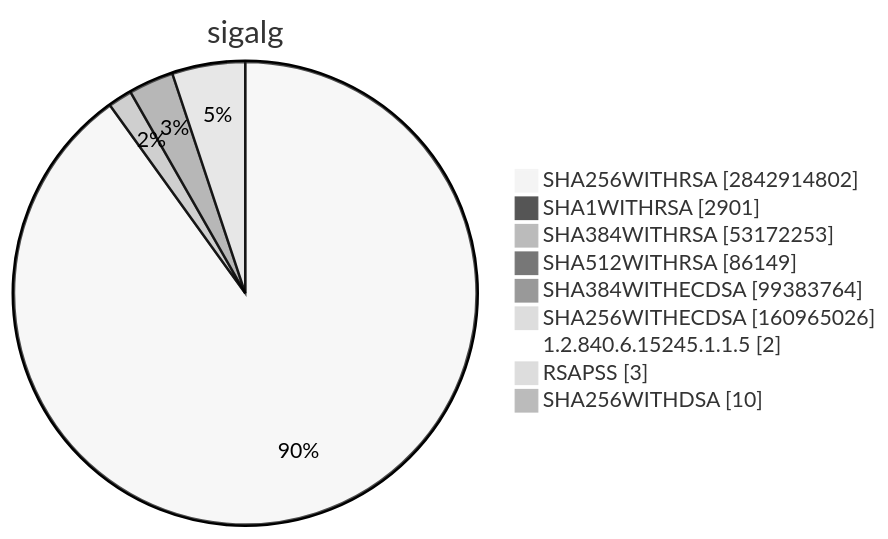
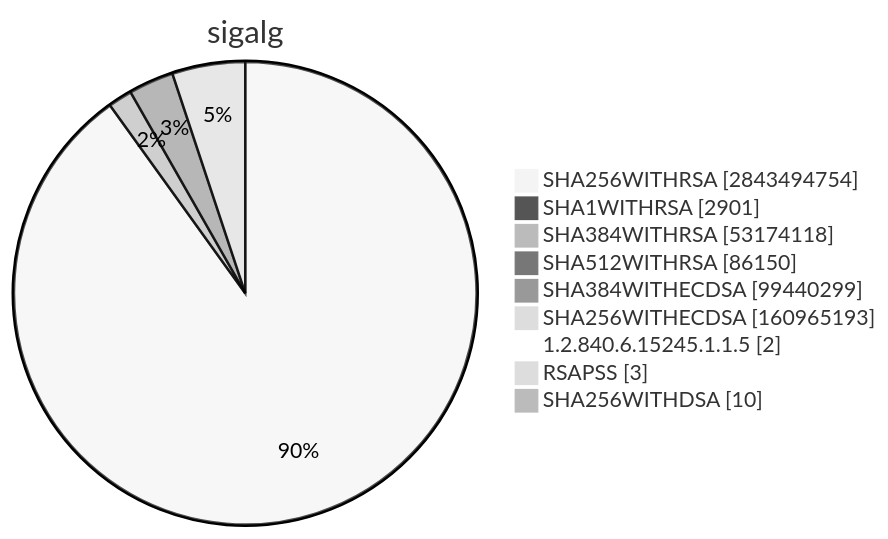
One commit to christiankrug/ctmonitor_visualization changed diagram 15 of 15 in TOTAL/README.md. Above: the diagram before and after it, drawn with Mermaid (neutral theme). The commit also changed other lines of this file, not shown here.

````diff
--- a/TOTAL/README.md
+++ b/TOTAL/README.md
@@ -6207,13 +6207,13 @@
 ```mermaid
 pie showData
 title sigalg
-"SHA256WITHRSA" :2842914802
+"SHA256WITHRSA" :2843494754
 "SHA1WITHRSA" :2901
-"SHA384WITHRSA" :53172253
-"SHA512WITHRSA" :86149
-"SHA384WITHECDSA" :99383764
-"SHA256WITHECDSA" :160965026
+"SHA384WITHRSA" :53174118
+"SHA512WITHRSA" :86150
+"SHA384WITHECDSA" :99440299
+"SHA256WITHECDSA" :160965193
 "1.2.840.6.15245.1.1.5" :2
 "RSAPSS" :3
 "SHA256WITHDSA" :10
 ```
````
